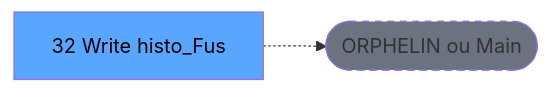
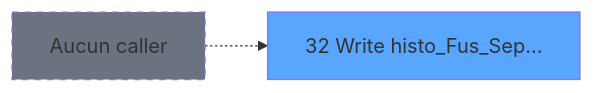
The second of 3 diagrams in .openspec/specs/ADH-IDE-32.md (thonyAGP/lecteur-magic), drawn with Mermaid before and after one commit. The commit also changed other lines of this file and 96 other files, not shown here.

````diff
--- a/.openspec/specs/ADH-IDE-32.md
+++ b/.openspec/specs/ADH-IDE-32.md
@@ -117,8 +162,8 @@
 ```mermaid
 graph LR
-    T[32 Write histo_Fus]
-    ORPHAN([ORPHELIN ou Main])
-    T -.-> ORPHAN
-    style T fill:#58a6ff,color:#000
-    style ORPHAN fill:#6b7280,stroke-dasharray: 5 5
+    T32[32 Write histo_Fus_Sep...]
+    style T32 fill:#58a6ff
+    NONE[Aucun caller]
+    NONE -.-> T32
+    style NONE fill:#6b7280,stroke-dasharray: 5 5
 ```
````
